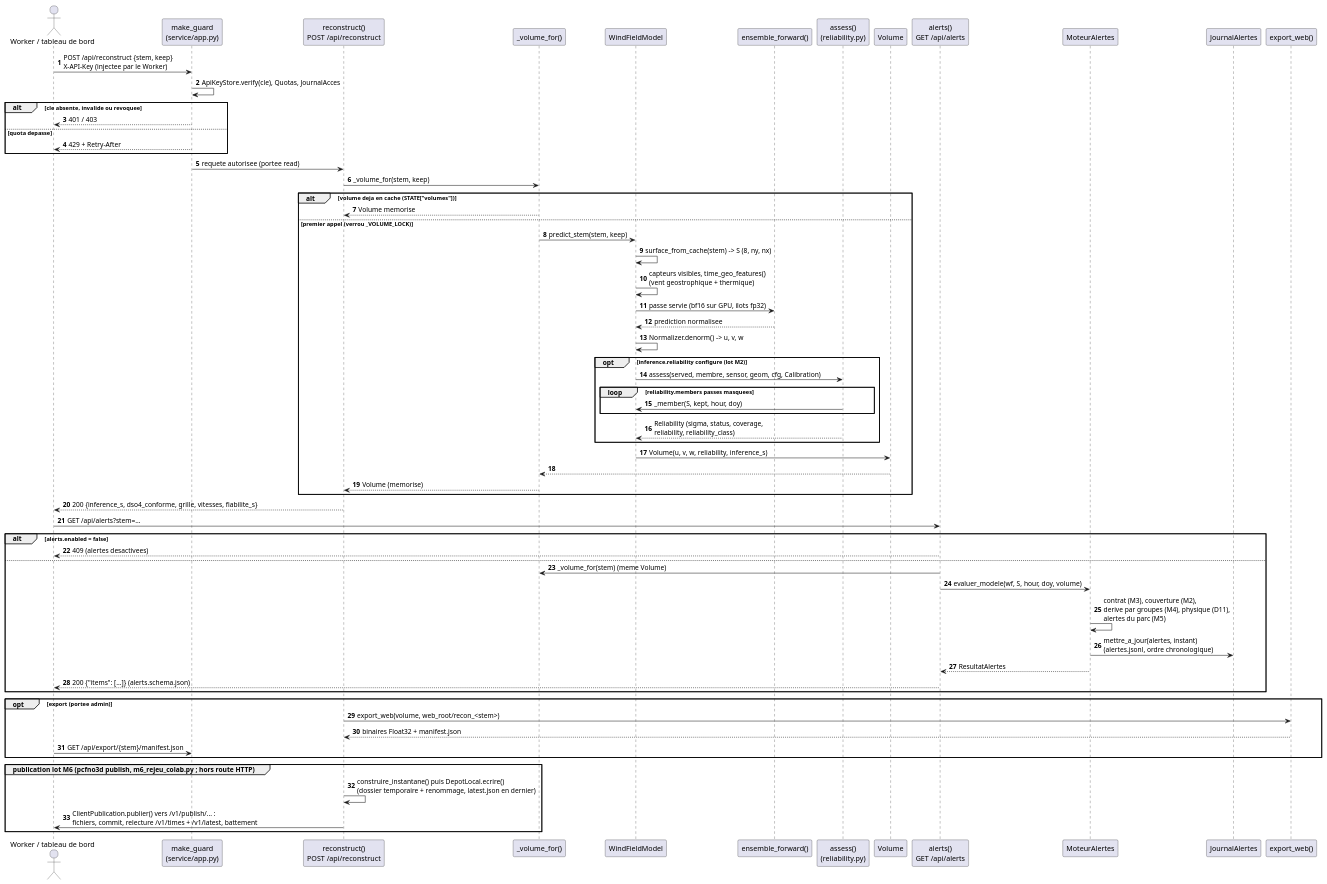
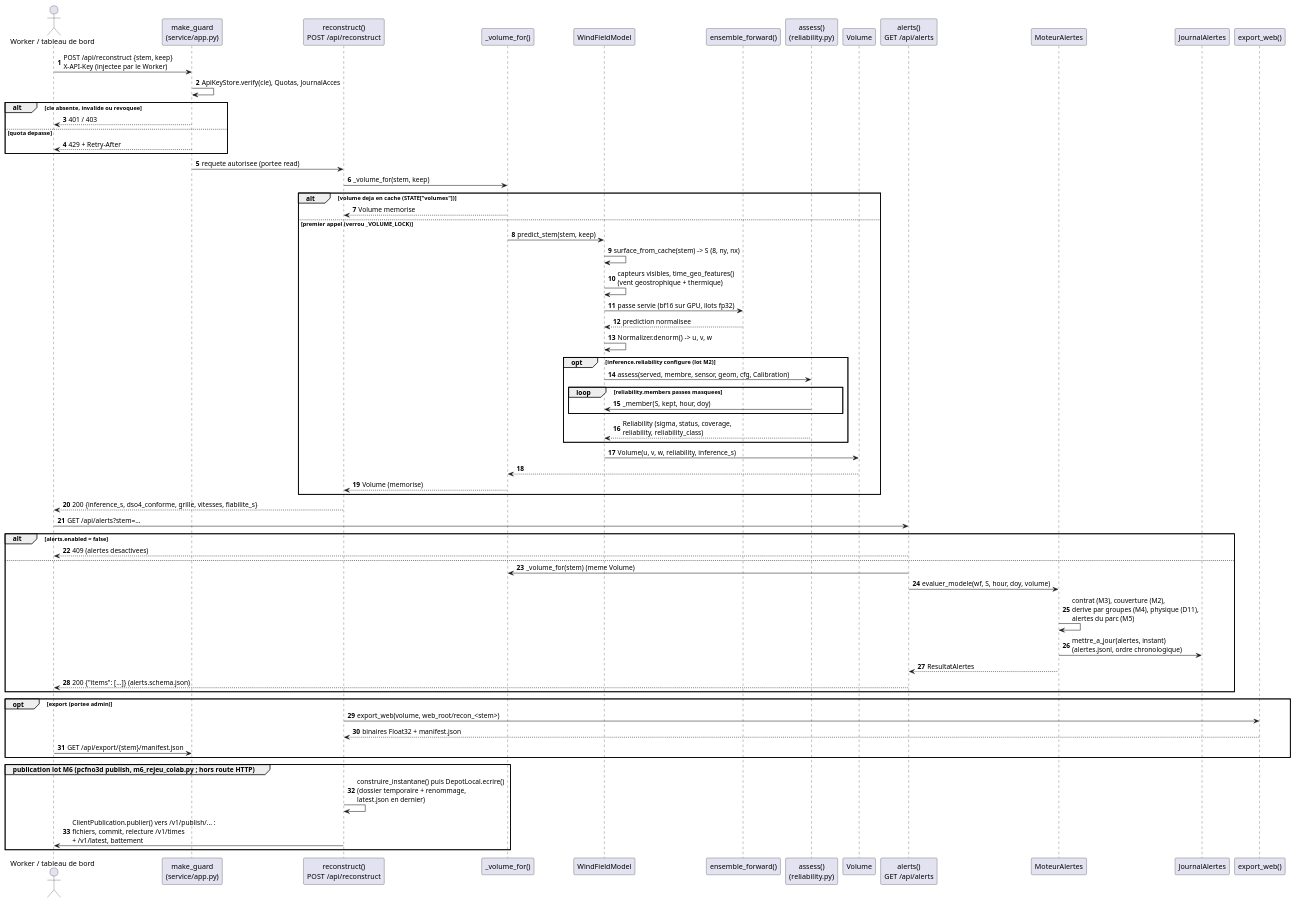
Before and after one commit to ines-rouatbi/pcfno3d: the diagram in docs/uml/sequence_reconstruction.puml, drawn with PlantUML. The commit also changed 4 other files, not shown here.

First line of the commit message:
Docs : retours a la ligne dans les UML M6 / M8 et PUBLICATION.md

```diff
--- a/docs/uml/sequence_reconstruction.puml
+++ b/docs/uml/sequence_reconstruction.puml
@@ -1,77 +1,77 @@
 @startuml sequence_reconstruction
 ' Sequence « reconstruire un instant » : reconstruction + fiabilite + alertes + mise a
 ' disposition (lot M8, tache 14, p. 44). Noms verifies contre service/app.py,
 ' src/pcfno3d/inference.py, reliability.py, alerts.py, export.py.
 ' La publication R2 (`latest`, lot M6) ne passe pas par la route HTTP : elle est faite
 ' par `pcfno3d publish` / scripts/m6_rejeu_colab.py (src/pcfno3d/publish.py,
 ' docs/PUBLICATION.md) et figure en fin de diagramme.
 skinparam shadowing false
 autonumber
 
 actor "Worker / tableau de bord" as W
 participant "make_guard\n(service/app.py)" as G
 participant "reconstruct()\nPOST /api/reconstruct" as R
 participant "_volume_for()" as VF
 participant "WindFieldModel" as WF
 participant "ensemble_forward()" as EF
 participant "assess()\n(reliability.py)" as AS
 participant "Volume" as V
 participant "alerts()\nGET /api/alerts" as AR
 participant "MoteurAlertes" as MA
 participant "JournalAlertes" as JA
 participant "export_web()" as EX
 
 W -> G : POST /api/reconstruct {stem, keep}\nX-API-Key (injectee par le Worker)
 G -> G : ApiKeyStore.verify(cle), Quotas, JournalAcces
 alt cle absente, invalide ou revoquee
   G --> W : 401 / 403
 else quota depasse
   G --> W : 429 + Retry-After
 end
 G -> R : requete autorisee (portee read)
 R -> VF : _volume_for(stem, keep)
 alt volume deja en cache (STATE["volumes"])
   VF --> R : Volume memorise
 else premier appel (verrou _VOLUME_LOCK)
   VF -> WF : predict_stem(stem, keep)
   WF -> WF : surface_from_cache(stem) -> S (8, ny, nx)
   WF -> WF : capteurs visibles, time_geo_features()\n(vent geostrophique + thermique)
   WF -> EF : passe servie (bf16 sur GPU, ilots fp32)
   EF --> WF : prediction normalisee
   WF -> WF : Normalizer.denorm() -> u, v, w
   opt inference.reliability configure (lot M2)
     WF -> AS : assess(served, membre, sensor, geom, cfg, Calibration)
     loop reliability.members passes masquees
       AS -> WF : _member(S, kept, hour, doy)
     end
     AS --> WF : Reliability (sigma, status, coverage,\nreliability, reliability_class)
   end
   WF -> V : Volume(u, v, w, reliability, inference_s)
   V --> VF
   VF --> R : Volume (memorise)
 end
 R --> W : 200 {inference_s, dso4_conforme, grille, vitesses, fiabilite_s}
 
 W -> AR : GET /api/alerts?stem=...
 alt alerts.enabled = false
   AR --> W : 409 (alertes desactivees)
 else
   AR -> VF : _volume_for(stem) (meme Volume)
   AR -> MA : evaluer_modele(wf, S, hour, doy, volume)
   MA -> MA : contrat (M3), couverture (M2),\nderive par groupes (M4), physique (D11),\nalertes du parc (M5)
   MA -> JA : mettre_a_jour(alertes, instant)\n(alertes.jsonl, ordre chronologique)
   MA --> AR : ResultatAlertes
   AR --> W : 200 {"items": [...]} (alerts.schema.json)
 end
 
 opt export (portee admin)
   R -> EX : export_web(volume, web_root/recon_<stem>)
   EX --> R : binaires Float32 + manifest.json
   W -> G : GET /api/export/{stem}/manifest.json
 end
 
 group publication lot M6 (pcfno3d publish, m6_rejeu_colab.py ; hors route HTTP)
-  R -> R : construire_instantane() puis DepotLocal.ecrire()\n(dossier temporaire + renommage, latest.json en dernier)
-  R -> W : ClientPublication.publier() vers /v1/publish/... :\nfichiers, commit, relecture /v1/times + /v1/latest, battement
+  R -> R : construire_instantane() puis DepotLocal.ecrire()\n(dossier temporaire + renommage,\nlatest.json en dernier)
+  R -> W : ClientPublication.publier() vers /v1/publish/... :\nfichiers, commit, relecture /v1/times\n+ /v1/latest, battement
 end
 @enduml
```
